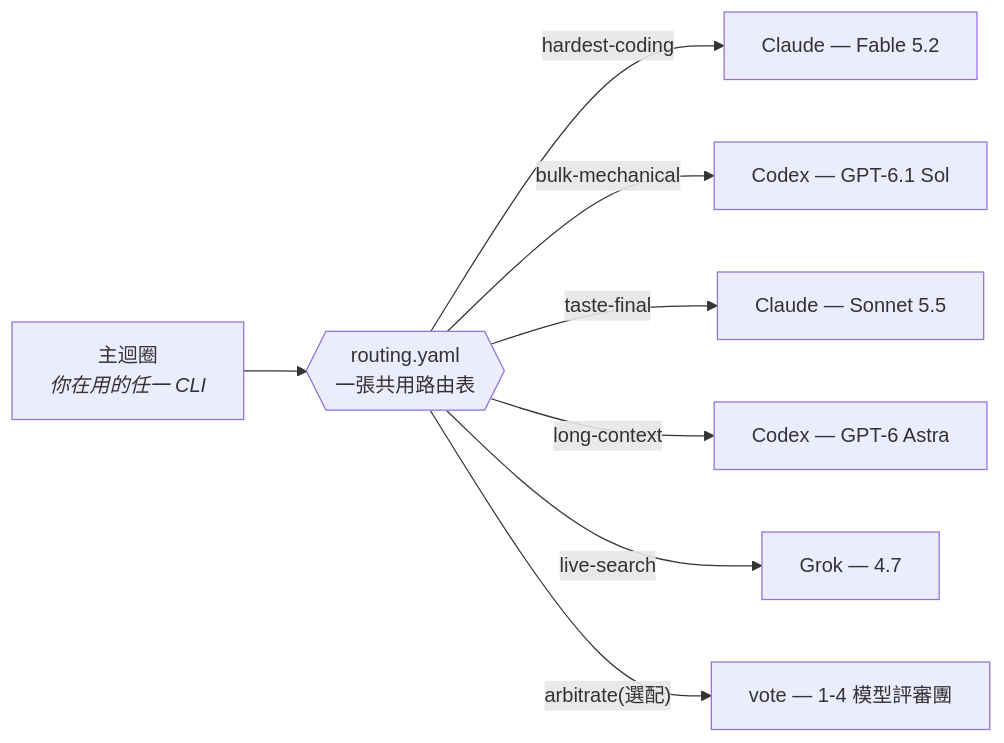
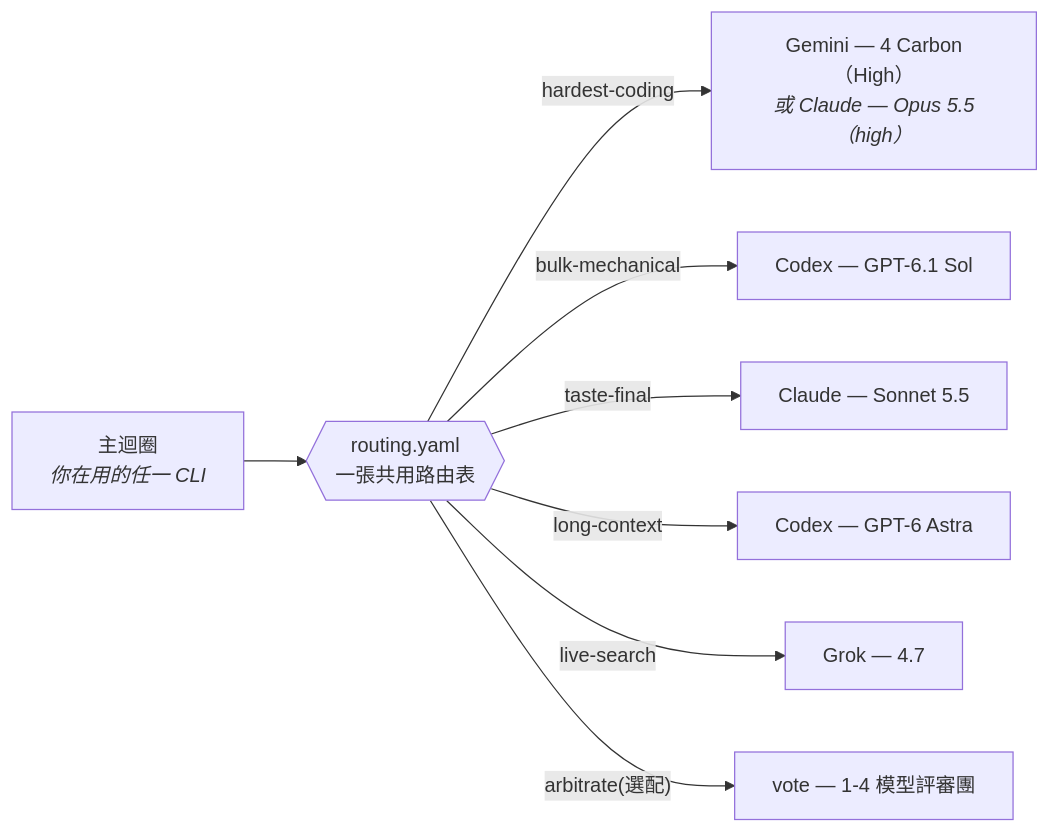
Before and after one commit to Seraphim0916/omnilane: the diagram in README.zh-TW.md, drawn with Mermaid. The commit also changed other lines of this file and 41 other files, not shown here.

````diff
--- a/README.zh-TW.md
+++ b/README.zh-TW.md
@@ -775,10 +777,10 @@
 ```mermaid
 flowchart LR
     M["主迴圈<br/><i>你在用的任一 CLI</i>"] --> T{{"routing.yaml<br/>一張共用路由表"}}
-    T -->|hardest-coding| C1["Claude — Fable 5.2"]
+    T -->|hardest-coding| C1["Gemini — 4 Carbon（High）<br/><i>或 Claude — Opus 5.5（high）</i>"]
     T -->|bulk-mechanical| C2["Codex — GPT-6.1 Sol"]
     T -->|taste-final| C3["Claude — Sonnet 5.5"]
     T -->|long-context| C4["Codex — GPT-6 Astra"]
     T -->|live-search| C5["Grok — 4.7"]
     T -->|"arbitrate(選配)"| C6["vote — 1-4 模型評審團"]
 ```
````
